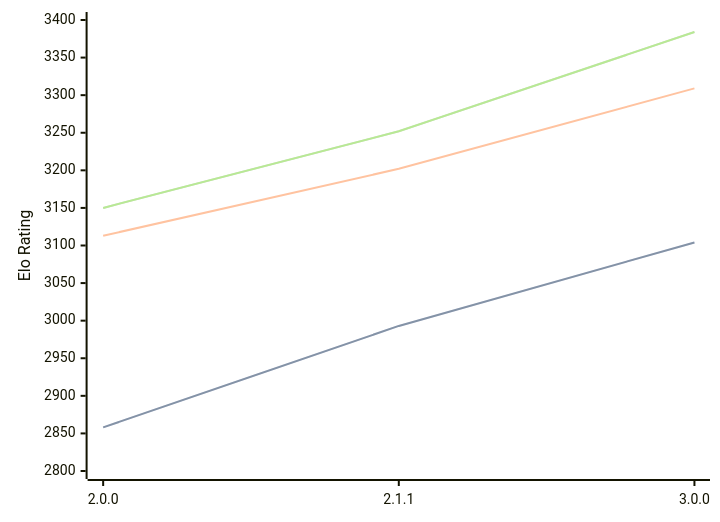
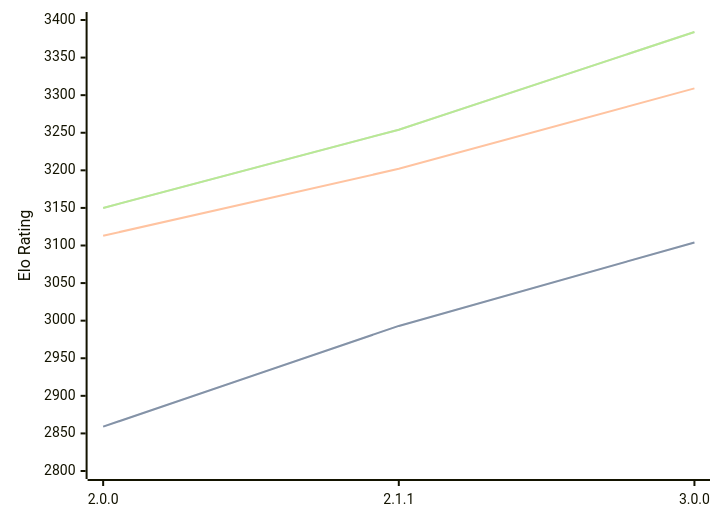
One commit to computer-chess-index/cci changed the diagram in engines/Bread.md. Above: the diagram before and after it, drawn with Mermaid. The commit also changed other lines of this file, not shown here.

Commit message:
Update CCI Ratings (ELO VLTC) - 2026-08-24

````diff
--- a/engines/Bread.md
+++ b/engines/Bread.md
@@ -36,11 +36,11 @@
 ```mermaid
 %%{init: {"theme":"base","themeVariables":{"seriesColors:['#a3a3a3','#222221','#faa371']}}}%%
 xychart-beta
   x-axis ["2.0.0", "2.1.1", "3.0.0"]
   y-axis "Elo Rating" 2800 --> 3400
-  line "STC (8.0+0.08s)" [2858, 2993, 3104]
-  line "STC (8.0+0.08s)" [2858, 2993, 3104]
+  line "STC (8.0+0.08s)" [2859, 2993, 3104]
+  line "STC (8.0+0.08s)" [2859, 2993, 3104]
   line "LTC (60.0+0.60s)" [3113, 3202, 3309]
-  line "VLTC (2m24s+1.12s)" [3150, 3252, 3384]
-  line "VLTC (2m24s+1.12s)" [3150, 3252, 3384]
+  line "VLTC (2m24s+1.12s)" [3150, 3254, 3384]
+  line "VLTC (2m24s+1.12s)" [3150, 3254, 3384]
 ```
````
